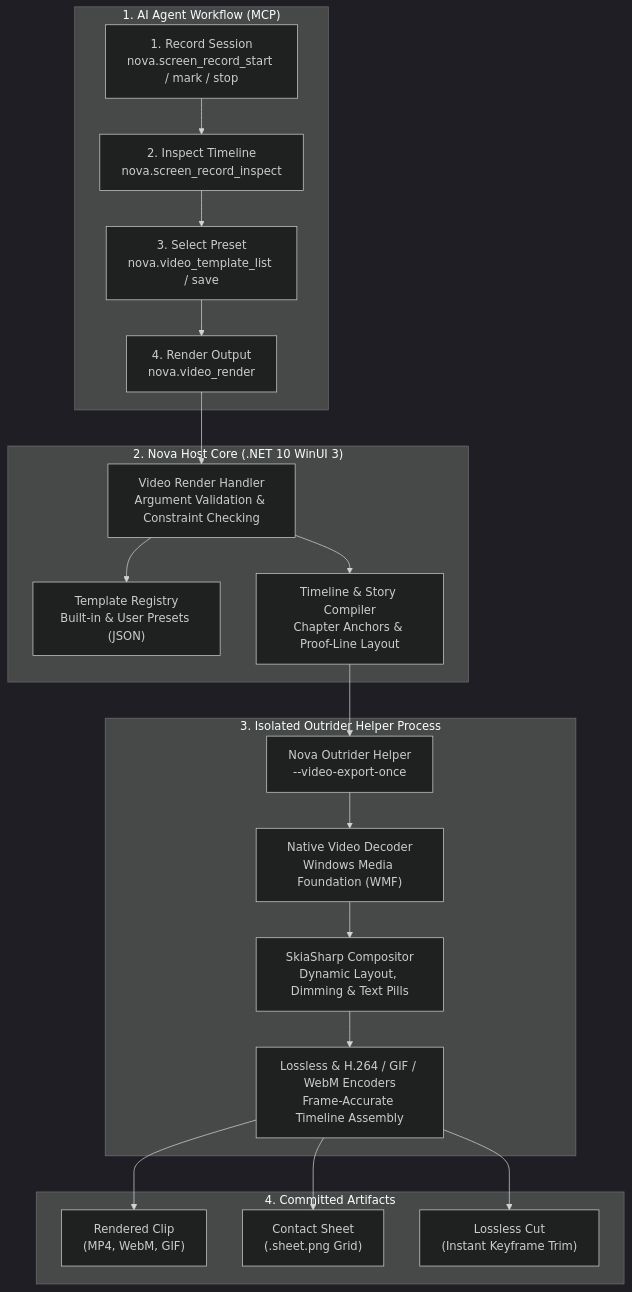
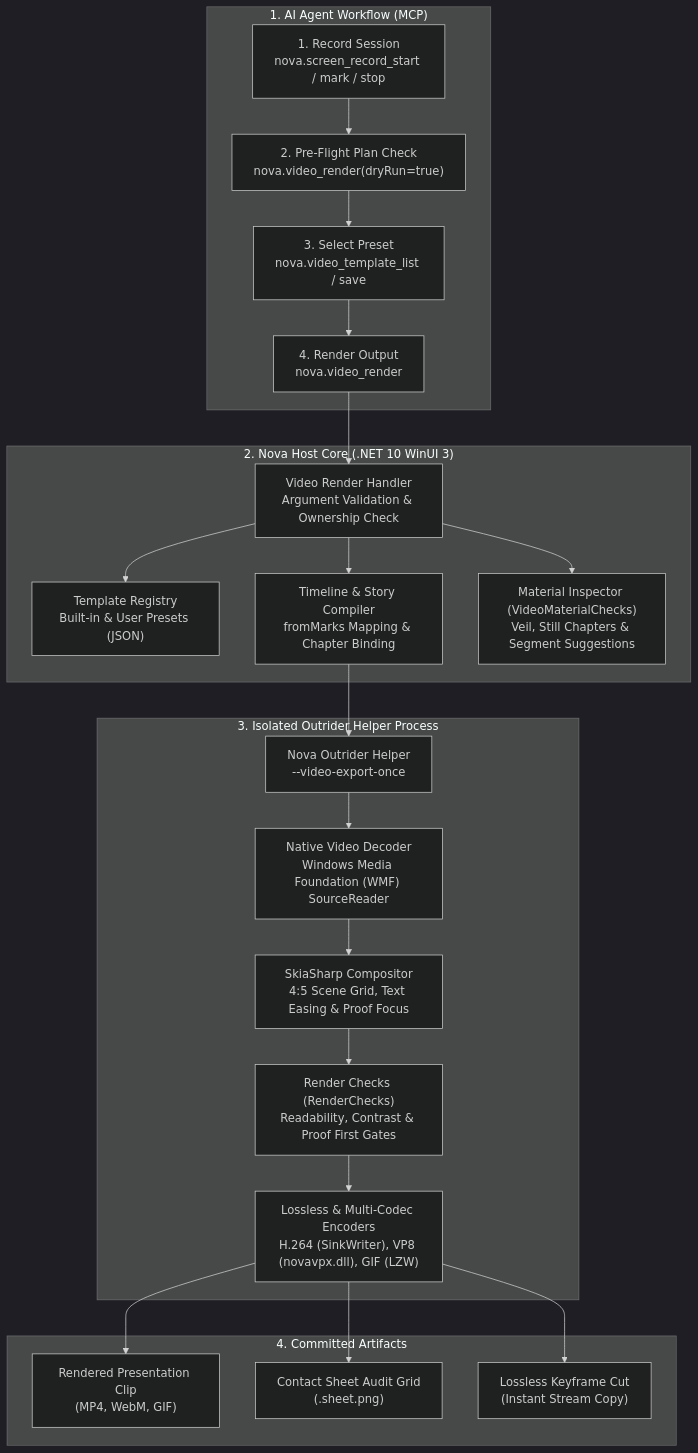
One commit to joelaniol/nova changed the first of 4 diagrams in docs/core-features/media-intelligence/video-editing/README.md. Above: the diagram before and after it, drawn with Mermaid (dark theme). The commit also changed other lines of this file and 5 other files, not shown here.

Commit message:
docs(video-editing): document automated storytelling, proof effects, scene grid, and render checks

````diff
--- a/docs/core-features/media-intelligence/video-editing/README.md
+++ b/docs/core-features/media-intelligence/video-editing/README.md
@@ -14,35 +14,37 @@
 ```mermaid
 flowchart TD
     subgraph AgentLayer["1. AI Agent Workflow (MCP)"]
         Record["1. Record Session<br>nova.screen_record_start / mark / stop"]
-        Inspect["2. Inspect Timeline<br>nova.screen_record_inspect"]
+        PreFlight["2. Pre-Flight Plan Check<br>nova.video_render(dryRun=true)"]
         TemplatePick["3. Select Preset<br>nova.video_template_list / save"]
         RenderCall["4. Render Output<br>nova.video_render"]
     end
 
     subgraph HostCore["2. Nova Host Core (.NET 10 WinUI 3)"]
-        Handler["Video Render Handler<br>Argument Validation & Constraint Checking"]
+        Handler["Video Render Handler<br>Argument Validation & Ownership Check"]
         TemplateStore["Template Registry<br>Built-in & User Presets (JSON)"]
-        StoryCompiler["Timeline & Story Compiler<br>Chapter Anchors & Proof-Line Layout"]
+        StoryCompiler["Timeline & Story Compiler<br>fromMarks Mapping & Chapter Binding"]
+        MaterialInspector["Material Inspector (VideoMaterialChecks)<br>Veil, Still Chapters & Segment Suggestions"]
     end
 
     subgraph NativeHelper["3. Isolated Outrider Helper Process"]
         OutriderExport["Nova Outrider Helper<br>--video-export-once"]
-        Decoder["Native Video Decoder<br>Windows Media Foundation (WMF)"]
-        SkiaCanvas["SkiaSharp Compositor<br>Dynamic Layout, Dimming & Text Pills"]
-        Encoder["Lossless & H.264 / GIF / WebM Encoders<br>Frame-Accurate Timeline Assembly"]
+        Decoder["Native Video Decoder<br>Windows Media Foundation (WMF) SourceReader"]
+        Compositor["SkiaSharp Compositor<br>4:5 Scene Grid, Text Easing & Proof Focus"]
+        CheckEngine["Render Checks (RenderChecks)<br>Readability, Contrast & Proof First Gates"]
+        Encoder["Lossless & Multi-Codec Encoders<br>H.264 (SinkWriter), VP8 (novavpx.dll), GIF (LZW)"]
     end
 
     subgraph OutputAssets["4. Committed Artifacts"]
-        Clip["Rendered Clip<br>(MP4, WebM, GIF)"]
-        Sheet["Contact Sheet<br>(.sheet.png Grid)"]
-        Cut["Lossless Cut<br>(Instant Keyframe Trim)"]
+        Clip["Rendered Presentation Clip<br>(MP4, WebM, GIF)"]
+        Sheet["Contact Sheet Audit Grid<br>(.sheet.png)"]
+        Cut["Lossless Keyframe Cut<br>(Instant Stream Copy)"]
     end
 
-    Record --> Inspect --> TemplatePick --> RenderCall
+    Record --> PreFlight --> TemplatePick --> RenderCall
     RenderCall --> Handler
-    Handler --> TemplateStore & StoryCompiler
+    Handler --> TemplateStore & StoryCompiler & MaterialInspector
     StoryCompiler --> OutriderExport
-    OutriderExport --> Decoder --> SkiaCanvas --> Encoder
+    OutriderExport --> Decoder --> Compositor --> CheckEngine --> Encoder
     Encoder --> Clip & Sheet & Cut
 ```
````
